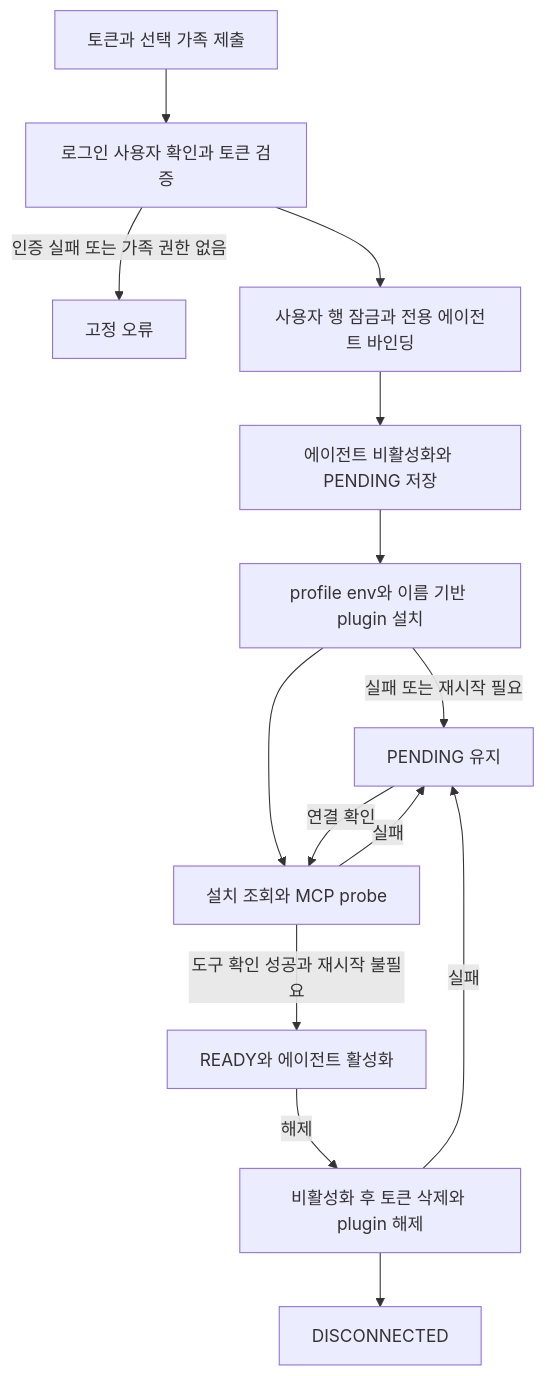
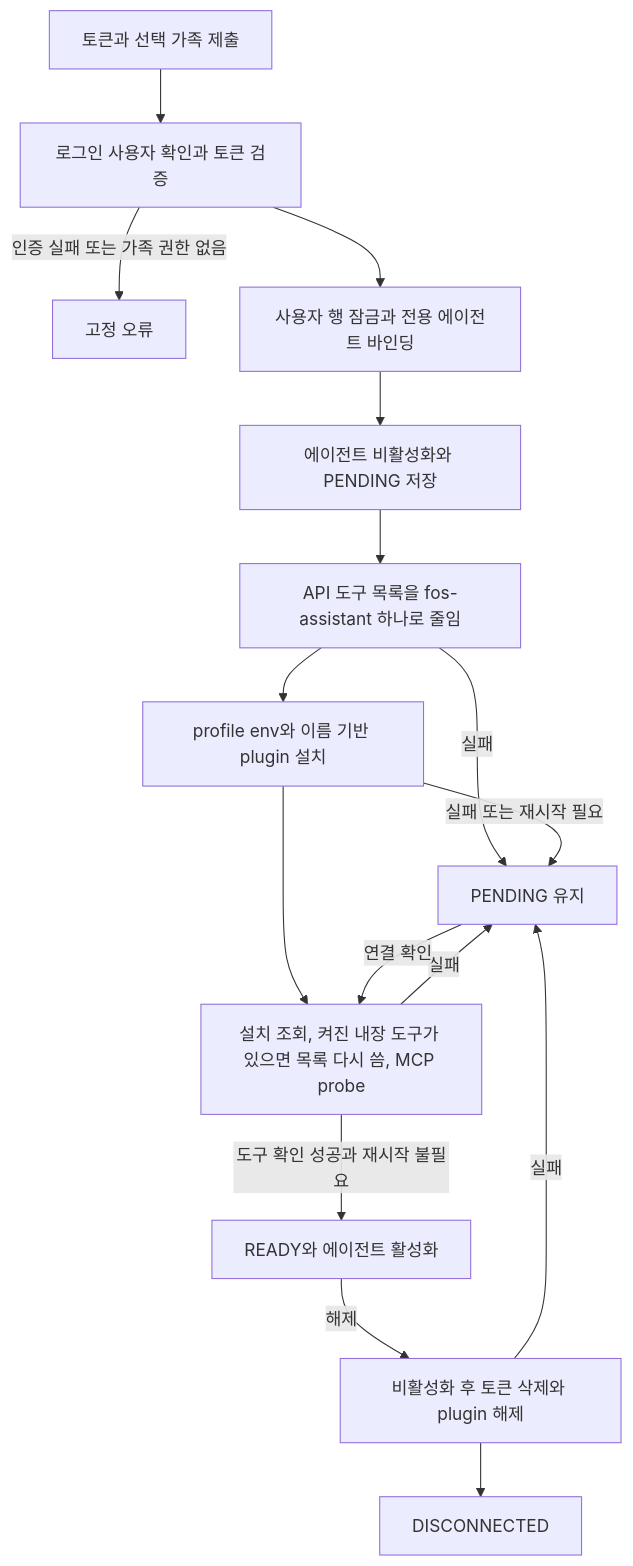
One commit to jon890/fos-assistant changed the first of 27 diagrams in docs/flow.md. Above: the diagram before and after it, drawn with Mermaid. The commit also changed 3 other files, not shown here.

First line of the commit message:
docs(docs): 가계부 연결용 profile 의 API 도구 목록을 Control Plane 이 줄이는 설계와 계획서를 적는다

````diff
--- a/docs/flow.md
+++ b/docs/flow.md
@@ -5,16 +5,18 @@
 ```mermaid
 flowchart TD
     A[토큰과 선택 가족 제출] --> B[로그인 사용자 확인과 토큰 검증]
     B -->|인증 실패 또는 가족 권한 없음| X[고정 오류]
     B --> C[사용자 행 잠금과 전용 에이전트 바인딩]
     C --> D[에이전트 비활성화와 PENDING 저장]
-    D --> E[profile env와 이름 기반 plugin 설치]
+    D --> T[API 도구 목록을 fos-assistant 하나로 줄임]
+    T -->|실패| P
+    T --> E[profile env와 이름 기반 plugin 설치]
     E -->|실패 또는 재시작 필요| P[PENDING 유지]
-    E --> F[설치 조회와 MCP probe]
+    E --> F[설치 조회, 켜진 내장 도구가 있으면 목록 다시 씀, MCP probe]
     F -->|도구 확인 성공과 재시작 불필요| R[READY와 에이전트 활성화]
     F -->|실패| P
     P -->|연결 확인| F
     R -->|해제| U[비활성화 후 토큰 삭제와 plugin 해제]
     U -->|실패| P
     U --> Z[DISCONNECTED]
 ```
````
